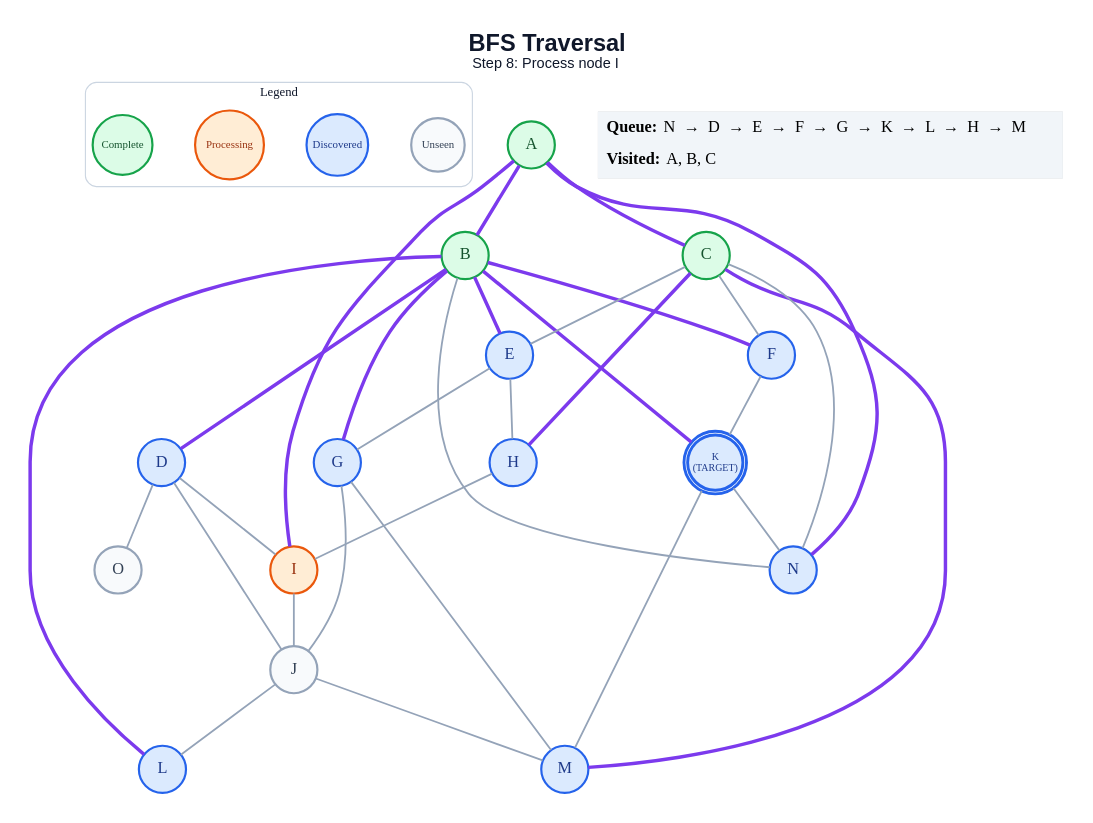
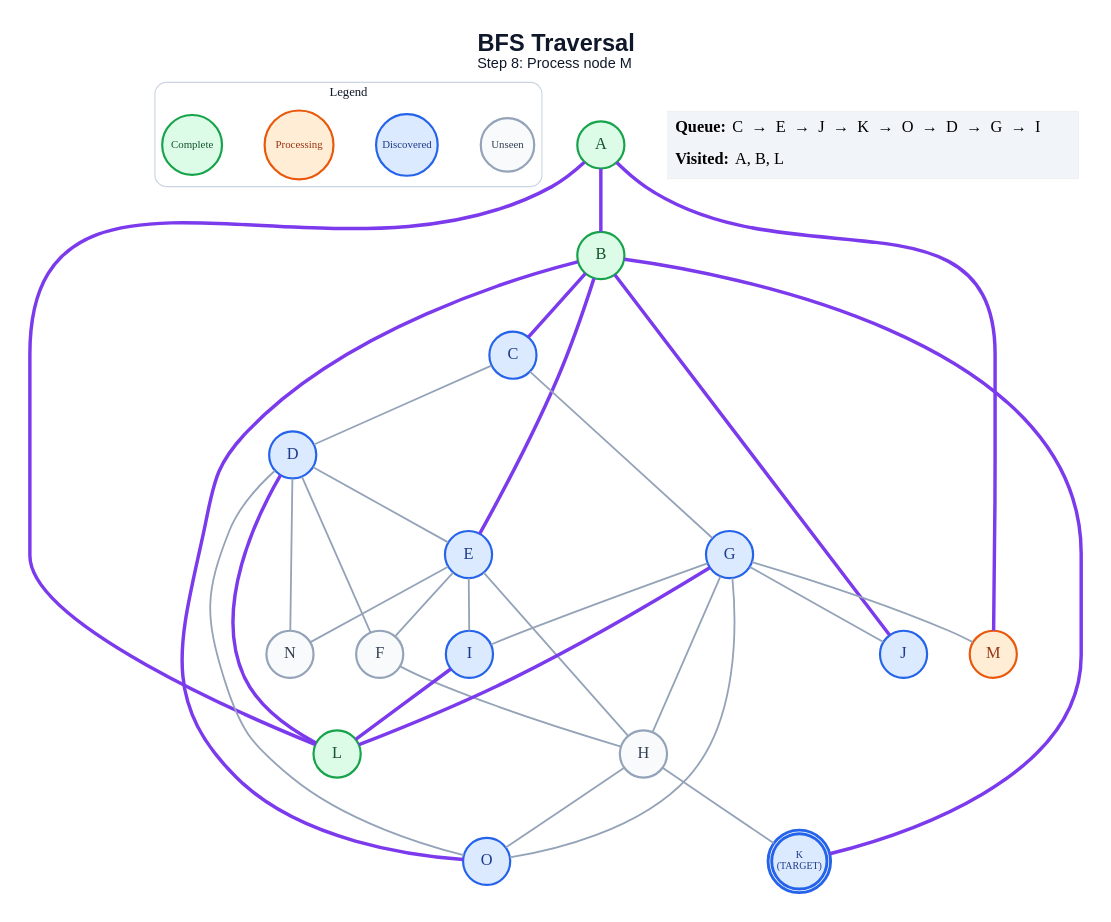
Before and after one commit to anon7238593-create/ai-slop: the diagram in generated/bfs/step_08.dot, drawn with Graphviz. The commit also changed 229 other files, not shown here.

```diff
--- a/generated/bfs/step_08.dot
+++ b/generated/bfs/step_08.dot
@@ -1,64 +1,63 @@
 graph traversal {
   graph [layout=dot, rankdir=TB, bgcolor="#FFFFFF", pad="0.35", nodesep="0.65", ranksep="0.8", fontname="Arial"];
   node [shape=circle, style="filled", fontname="Arial Bold", fontsize=18, width=0.72, fixedsize=true, penwidth=2.4];
   edge [color="#94A3B8", penwidth=2.0];
-  label=<<B>BFS Traversal</B><BR/><FONT POINT-SIZE="16">Step 8: Process node I</FONT>>; labelloc="t"; fontsize=26; fontname="Arial"; fontcolor="#0F172A";
+  label=<<B>BFS Traversal</B><BR/><FONT POINT-SIZE="16">Step 8: Process node M</FONT>>; labelloc="t"; fontsize=26; fontname="Arial"; fontcolor="#0F172A";
   subgraph cluster_legend { label="Legend"; color="#CBD5E1"; penwidth=1.2; style="rounded"; fontsize=14; fontname="Arial Bold";
     key_unseen [label="Unseen", fillcolor="#F8FAFC", color="#94A3B8", fontcolor="#334155", fontsize=12, width=0.82];
     key_frontier [label="Discovered", fillcolor="#DBEAFE", color="#2563EB", fontcolor="#1E3A8A", fontsize=12, width=0.95];
     key_current [label="Processing", fillcolor="#FFEDD5", color="#EA580C", fontcolor="#9A3412", fontsize=12, width=1.05];
     key_done [label="Complete", fillcolor="#DCFCE7", color="#16A34A", fontcolor="#14532D", fontsize=12, width=0.92];
     { rank=same; key_unseen; key_frontier; key_current; key_done; }
   }
   A [label="A", fillcolor="#DCFCE7", color="#16A34A", fontcolor="#14532D", peripheries=1, penwidth=2.4];
   B [label="B", fillcolor="#DCFCE7", color="#16A34A", fontcolor="#14532D", peripheries=1, penwidth=2.4];
-  C [label="C", fillcolor="#DCFCE7", color="#16A34A", fontcolor="#14532D", peripheries=1, penwidth=2.4];
+  C [label="C", fillcolor="#DBEAFE", color="#2563EB", fontcolor="#1E3A8A", peripheries=1, penwidth=2.4];
   D [label="D", fillcolor="#DBEAFE", color="#2563EB", fontcolor="#1E3A8A", peripheries=1, penwidth=2.4];
   E [label="E", fillcolor="#DBEAFE", color="#2563EB", fontcolor="#1E3A8A", peripheries=1, penwidth=2.4];
-  F [label="F", fillcolor="#DBEAFE", color="#2563EB", fontcolor="#1E3A8A", peripheries=1, penwidth=2.4];
+  F [label="F", fillcolor="#F8FAFC", color="#94A3B8", fontcolor="#334155", peripheries=1, penwidth=2.4];
   G [label="G", fillcolor="#DBEAFE", color="#2563EB", fontcolor="#1E3A8A", peripheries=1, penwidth=2.4];
-  H [label="H", fillcolor="#DBEAFE", color="#2563EB", fontcolor="#1E3A8A", peripheries=1, penwidth=2.4];
-  I [label="I", fillcolor="#FFEDD5", color="#EA580C", fontcolor="#9A3412", peripheries=1, penwidth=2.4];
-  J [label="J", fillcolor="#F8FAFC", color="#94A3B8", fontcolor="#334155", peripheries=1, penwidth=2.4];
+  H [label="H", fillcolor="#F8FAFC", color="#94A3B8", fontcolor="#334155", peripheries=1, penwidth=2.4];
+  I [label="I", fillcolor="#DBEAFE", color="#2563EB", fontcolor="#1E3A8A", peripheries=1, penwidth=2.4];
+  J [label="J", fillcolor="#DBEAFE", color="#2563EB", fontcolor="#1E3A8A", peripheries=1, penwidth=2.4];
   K [label="K\n(TARGET)", fillcolor="#DBEAFE", color="#2563EB", fontcolor="#1E3A8A", peripheries=2, penwidth=3.2, fontsize=11, width=0.85, height=0.85];
-  L [label="L", fillcolor="#DBEAFE", color="#2563EB", fontcolor="#1E3A8A", peripheries=1, penwidth=2.4];
-  M [label="M", fillcolor="#DBEAFE", color="#2563EB", fontcolor="#1E3A8A", peripheries=1, penwidth=2.4];
-  N [label="N", fillcolor="#DBEAFE", color="#2563EB", fontcolor="#1E3A8A", peripheries=1, penwidth=2.4];
-  O [label="O", fillcolor="#F8FAFC", color="#94A3B8", fontcolor="#334155", peripheries=1, penwidth=2.4];
+  L [label="L", fillcolor="#DCFCE7", color="#16A34A", fontcolor="#14532D", peripheries=1, penwidth=2.4];
+  M [label="M", fillcolor="#FFEDD5", color="#EA580C", fontcolor="#9A3412", peripheries=1, penwidth=2.4];
+  N [label="N", fillcolor="#F8FAFC", color="#94A3B8", fontcolor="#334155", peripheries=1, penwidth=2.4];
+  O [label="O", fillcolor="#DBEAFE", color="#2563EB", fontcolor="#1E3A8A", peripheries=1, penwidth=2.4];
   A -- B [color="#7C3AED", penwidth=3.8];
-  A -- C [color="#7C3AED", penwidth=3.8];
-  A -- I [color="#7C3AED", penwidth=3.8];
-  A -- N [color="#7C3AED", penwidth=3.8];
-  B -- D [color="#7C3AED", penwidth=3.8];
+  A -- L [color="#7C3AED", penwidth=3.8];
+  A -- M [color="#7C3AED", penwidth=3.8];
+  B -- C [color="#7C3AED", penwidth=3.8];
   B -- E [color="#7C3AED", penwidth=3.8];
-  B -- F [color="#7C3AED", penwidth=3.8];
-  B -- G [color="#7C3AED", penwidth=3.8];
+  B -- J [color="#7C3AED", penwidth=3.8];
   B -- K [color="#7C3AED", penwidth=3.8];
-  B -- L [color="#7C3AED", penwidth=3.8];
-  B -- N;
-  C -- E;
-  C -- F;
-  C -- H [color="#7C3AED", penwidth=3.8];
-  C -- M [color="#7C3AED", penwidth=3.8];
-  C -- N;
-  D -- I;
-  D -- J;
+  B -- O [color="#7C3AED", penwidth=3.8];
+  C -- D;
+  C -- G;
+  D -- E;
+  D -- F;
+  D -- L [color="#7C3AED", penwidth=3.8];
+  D -- N;
   D -- O;
-  E -- G;
+  E -- F;
   E -- H;
-  F -- K;
+  E -- I;
+  E -- N;
+  F -- H;
+  G -- H;
+  G -- I;
   G -- J;
+  G -- L [color="#7C3AED", penwidth=3.8];
   G -- M;
-  H -- I;
-  I -- J;
-  J -- L;
-  J -- M;
-  K -- M;
-  K -- N;
+  G -- O;
+  H -- K;
+  H -- O;
+  I -- L [color="#7C3AED", penwidth=3.8];
   status [shape=plain, fixedsize=false, width=0, height=0, margin=0, label=<
     <TABLE BORDER="0" CELLBORDER="0" CELLPADDING="7" BGCOLOR="#F1F5F9">
-      <TR><TD ALIGN="LEFT"><B>Queue:</B> N  →  D  →  E  →  F  →  G  →  K  →  L  →  H  →  M</TD></TR>
-      <TR><TD ALIGN="LEFT"><B>Visited:</B> A, B, C</TD></TR>
+      <TR><TD ALIGN="LEFT"><B>Queue:</B> C  →  E  →  J  →  K  →  O  →  D  →  G  →  I</TD></TR>
+      <TR><TD ALIGN="LEFT"><B>Visited:</B> A, B, L</TD></TR>
     </TABLE>
   >];
 }
```
